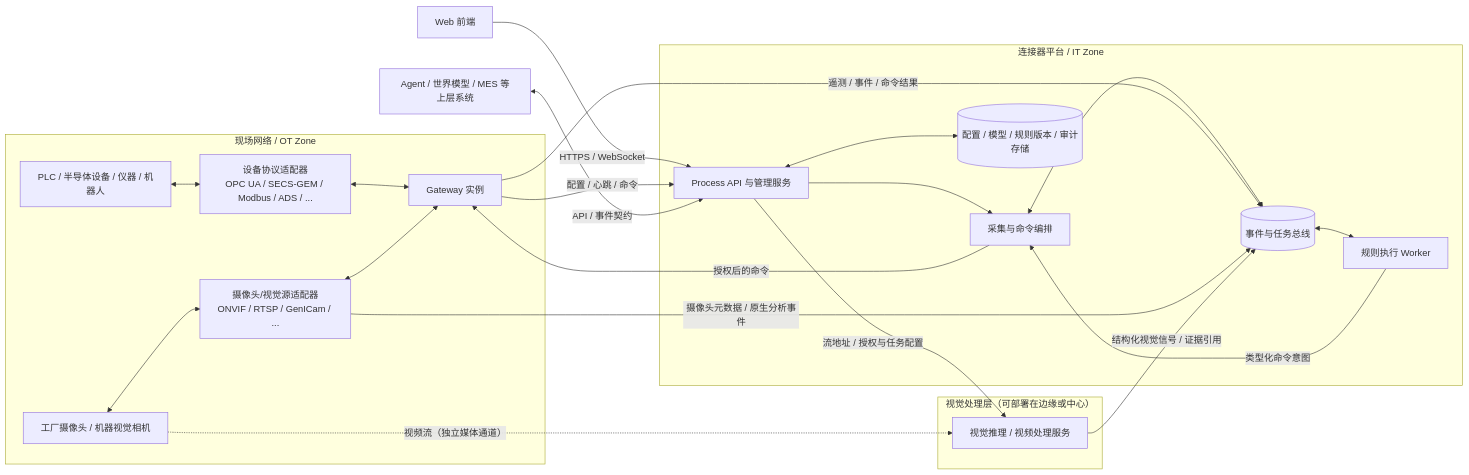
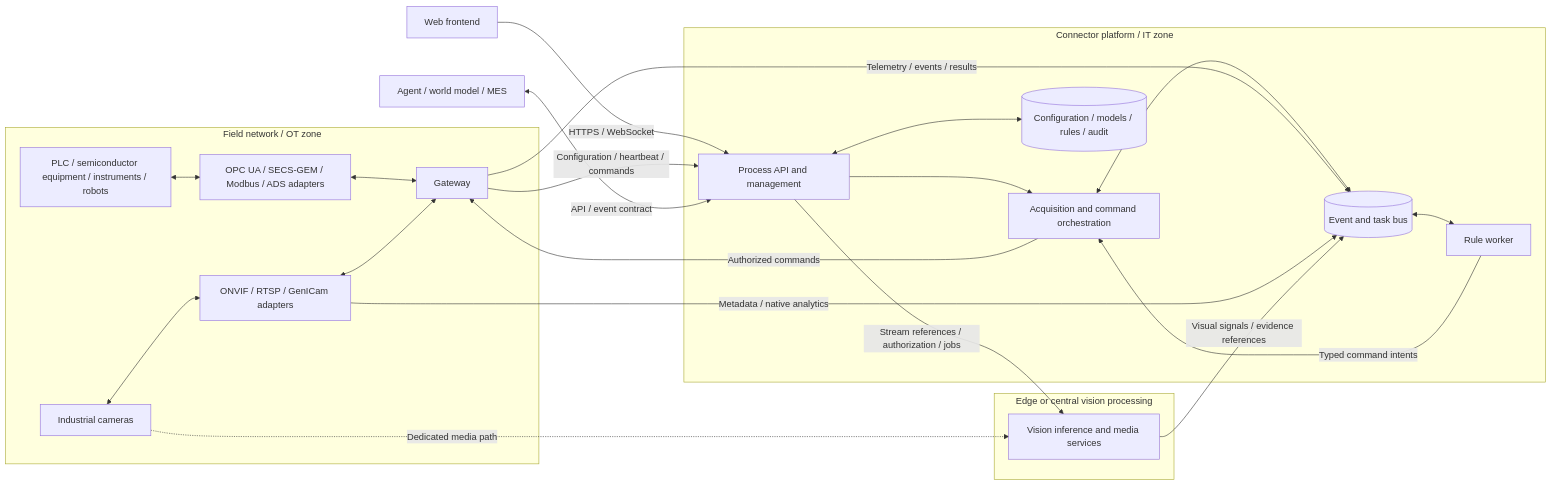
The first of 2 diagrams in docs/architecture/technical-design.md (simulator-bot/industrial-automation-connectors), drawn with Mermaid before and after one commit. The commit also changed other lines of this file and 3 other files, not shown here.

````diff
--- a/docs/architecture/technical-design.md
+++ b/docs/architecture/technical-design.md
@@ -50,39 +34,26 @@
 ```mermaid
 flowchart LR
-    subgraph OT[现场网络 / OT Zone]
-        D[PLC / 半导体设备 / 仪器 / 机器人]
-        C[工厂摄像头 / 机器视觉相机]
-        G[Gateway 实例]
-        A[设备协议适配器<br/>OPC UA / SECS-GEM / Modbus / ADS / ...]
-        CA[摄像头/视觉源适配器<br/>ONVIF / RTSP / GenICam / ...]
-        D <--> A <--> G
-        C <--> CA <--> G
+    subgraph OT[Field network / OT zone]
+        D[PLC / semiconductor equipment / instruments / robots] <--> A[OPC UA / SECS-GEM / Modbus / ADS adapters] <--> G[Gateway]
+        C[Industrial cameras] <--> CA[ONVIF / RTSP / GenICam adapters] <--> G
     end
-
-    subgraph Platform[连接器平台 / IT Zone]
-        P[Process API 与管理服务]
-        O[采集与命令编排]
-        S[规则执行 Worker]
-        DB[(配置 / 模型 / 规则版本 / 审计存储)]
-        B[(事件与任务总线)]
-        P --> O
-        P <--> DB
-        O <--> B
-        B <--> S
+    subgraph Platform[Connector platform / IT zone]
+        P[Process API and management] --> O[Acquisition and command orchestration]
+        P <--> DB[(Configuration / models / rules / audit)]
+        O <--> B[(Event and task bus)]
+        B <--> S[Rule worker]
     end
-
-    subgraph Vision[视觉处理层（可部署在边缘或中心）]
-        V[视觉推理 / 视频处理服务]
+    subgraph Vision[Edge or central vision processing]
+        V[Vision inference and media services]
     end
-
-    UI[Web 前端] -->|HTTPS / WebSocket| P
-    G -->|配置 / 心跳 / 命令| P
-    G -->|遥测 / 事件 / 命令结果| B
-    C -. 视频流（独立媒体通道） .-> V
-    CA -->|摄像头元数据 / 原生分析事件| B
-    V -->|结构化视觉信号 / 证据引用| B
-    P -->|流地址 / 授权与任务配置| V
-    O -->|授权后的命令| G
-    S -->|类型化命令意图| O
-    AG[Agent / 世界模型 / MES 等上层系统] <-->|API / 事件契约| P
+    UI[Web frontend] -->|HTTPS / WebSocket| P
+    G -->|Configuration / heartbeat / commands| P
+    G -->|Telemetry / events / results| B
+    C -. Dedicated media path .-> V
+    CA -->|Metadata / native analytics| B
+    V -->|Visual signals / evidence references| B
+    P -->|Stream references / authorization / jobs| V
+    O -->|Authorized commands| G
+    S -->|Typed command intents| O
+    AG[Agent / world model / MES] <-->|API / event contract| P
 ```
````
